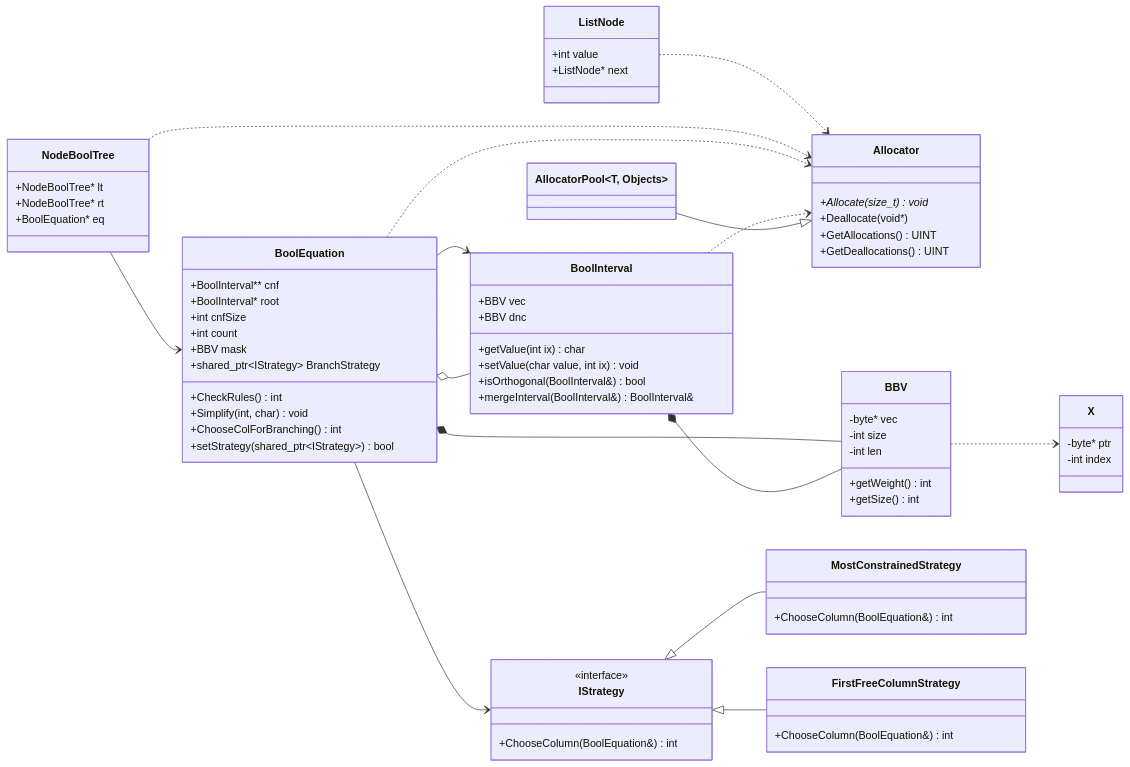
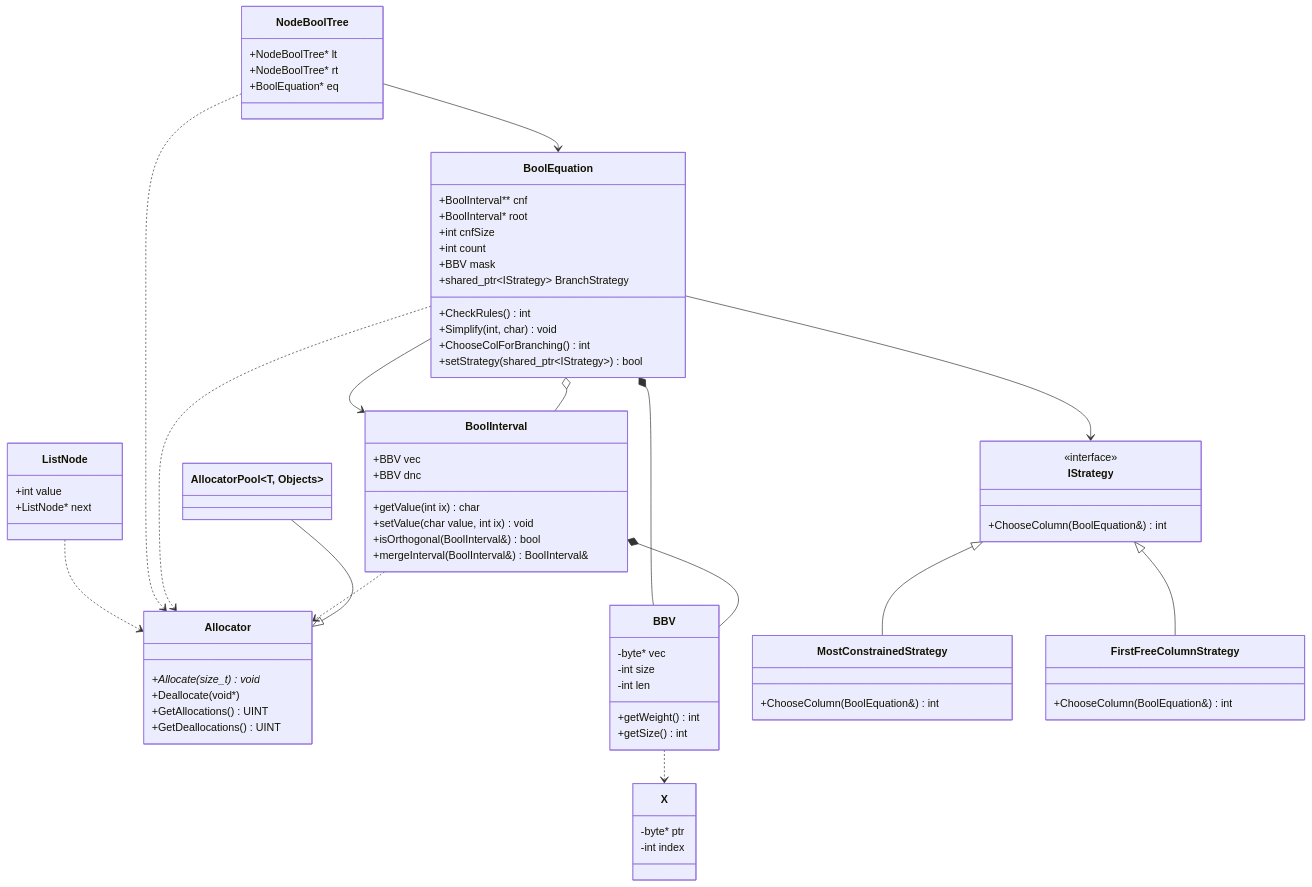
The diagram in README.md (ytochkaa/integration_of_the_memory_allocation_mechanism), drawn with Mermaid before and after one commit.

Commit message:
docs: убран direction LR, стандартное расположение диаграммы

````diff
--- a/README.md
+++ b/README.md
@@ -9,6 +9,5 @@
 ```mermaid
 classDiagram
-direction LR
     class Allocator {
         +Allocate(size_t) void*
         +Deallocate(void*)
````
